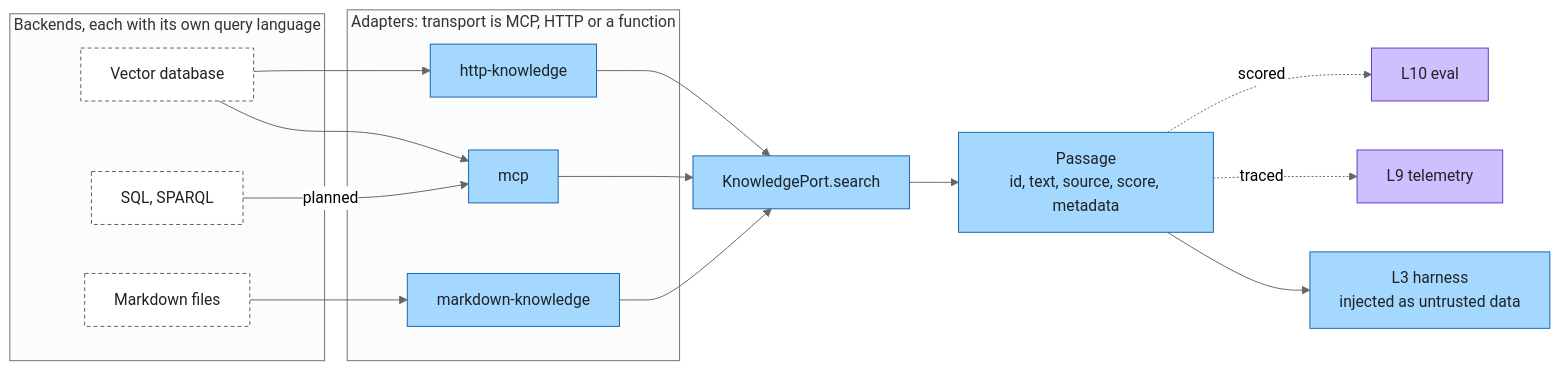
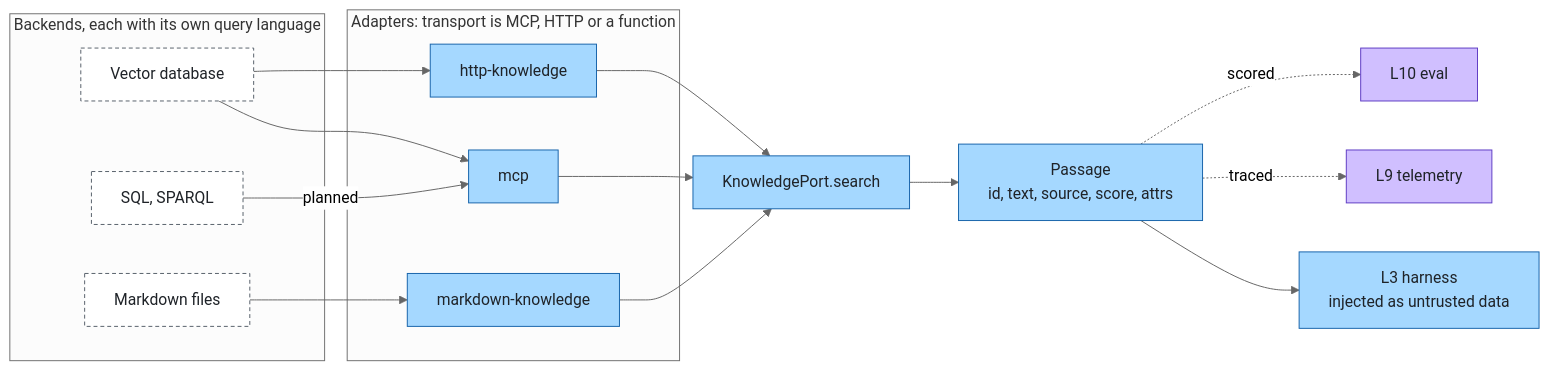
One commit to aantenore/agent-layers changed the second of 2 diagrams in docs/layers/knowledge.md. Above: the diagram before and after it, drawn with Mermaid (neutral theme). The commit also changed other lines of this file and 26 other files, not shown here.

````diff
--- a/docs/layers/knowledge.md
+++ b/docs/layers/knowledge.md
@@ -68,29 +68,29 @@
 ```mermaid
 flowchart LR
   subgraph backends["Backends, each with its own query language"]
     vdb["Vector database"]:::external
     sql["SQL, SPARQL"]:::external
     md["Markdown files"]:::external
   end
   subgraph adapters["Adapters: transport is MCP, HTTP or a function"]
     mcp["mcp"]:::agent
     http["http-knowledge"]:::agent
     mdk["markdown-knowledge"]:::agent
   end
   port["KnowledgePort.search"]:::agent
-  passage["Passage<br/>id, text, source, score, metadata"]:::agent
+  passage["Passage<br/>id, text, source, score, attrs"]:::agent
   vdb --> mcp
   vdb --> http
   sql -->|"planned"| mcp
   md --> mdk
   mcp --> port
   http --> port
   mdk --> port
   port --> passage
   passage --> harness["L3 harness<br/>injected as untrusted data"]:::agent
   passage -.->|"traced"| telemetry["L9 telemetry"]:::insight
   passage -.->|"scored"| eval["L10 eval"]:::insight
   classDef agent fill:#a5d8ff,stroke:#1864ab,color:#1f2328
   classDef insight fill:#d0bfff,stroke:#5f3dc4,color:#1f2328
   classDef external fill:#ffffff,stroke:#57606a,color:#1f2328,stroke-dasharray:4 3
 ```
````
